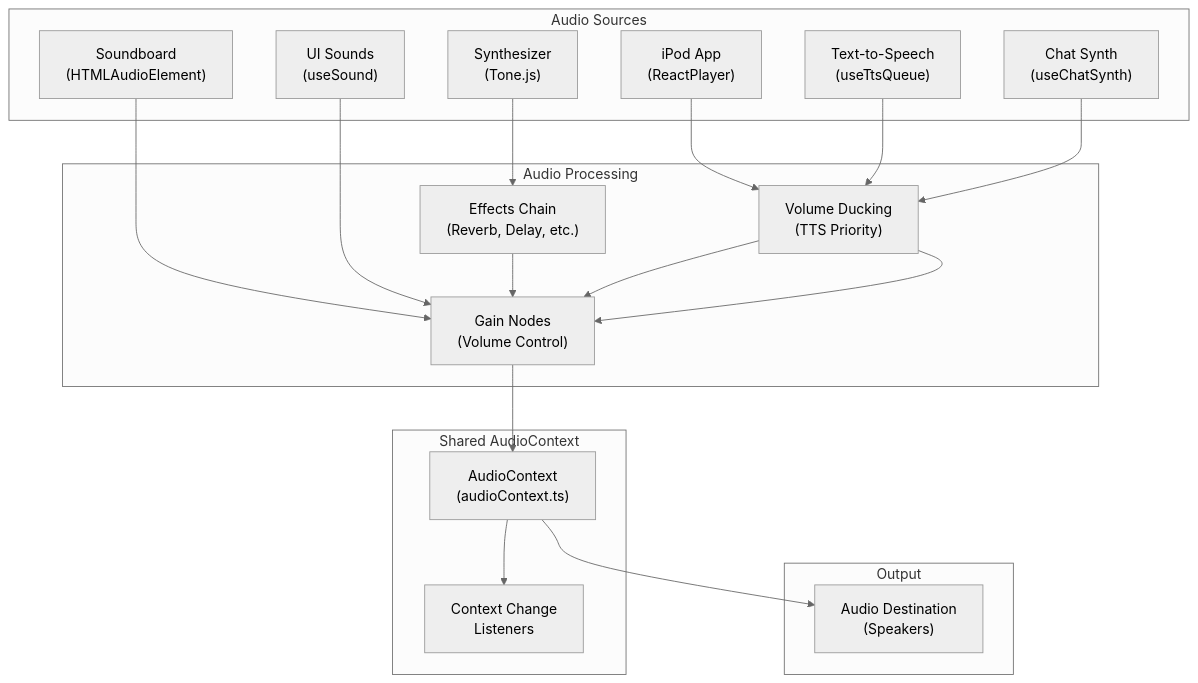
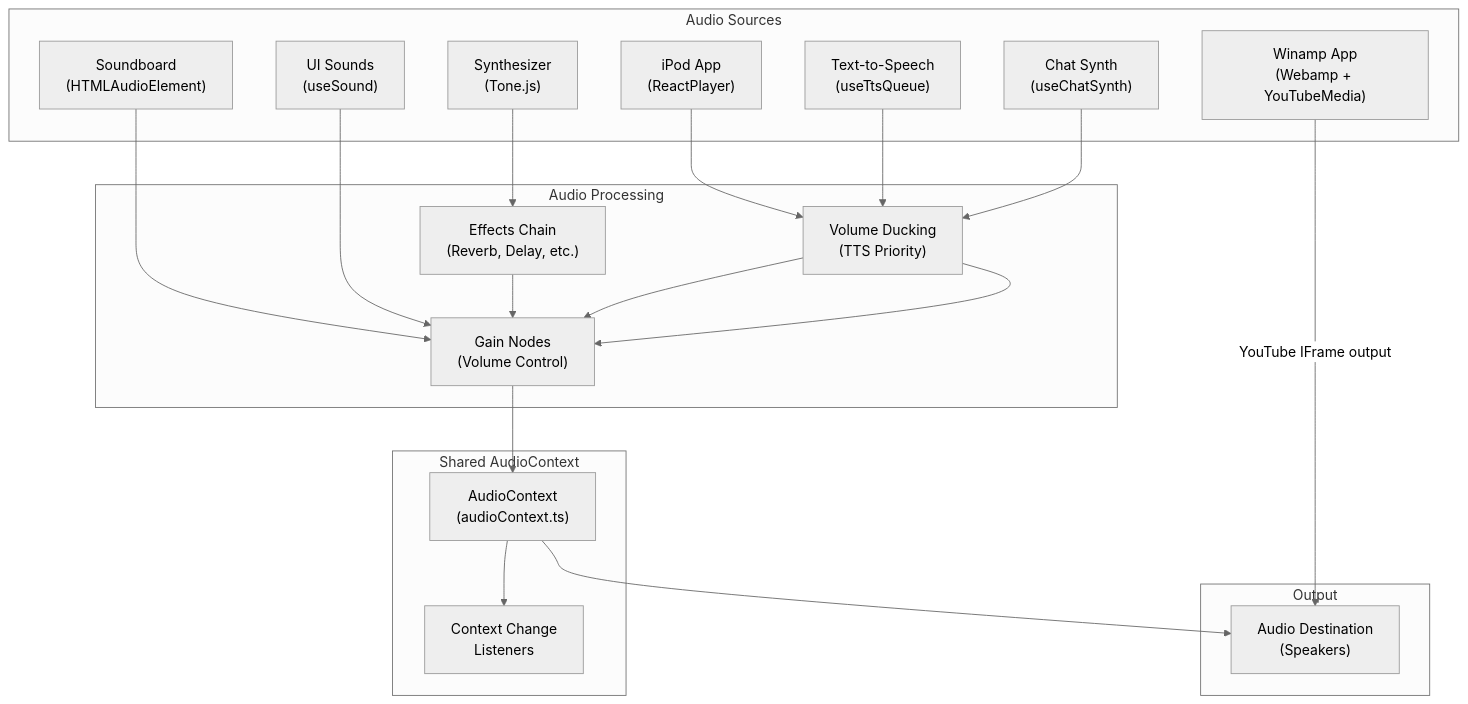
Before and after one commit to ryokun6/ryos: the first of 3 diagrams in docs/6-audio-system.md, drawn with Mermaid (neutral theme). The commit also changed other lines of this file and 4 other files, not shown here.

````diff
--- a/docs/6-audio-system.md
+++ b/docs/6-audio-system.md
@@ -17,36 +18,38 @@
 ```mermaid
 graph TB
     subgraph Sources["Audio Sources"]
         iPod["iPod App<br/>(ReactPlayer)"]
+        Winamp["Winamp App<br/>(Webamp + YouTubeMedia)"]
         Soundboard["Soundboard<br/>(HTMLAudioElement)"]
         UI["UI Sounds<br/>(useSound)"]
         Synth["Synthesizer<br/>(Tone.js)"]
         TTS["Text-to-Speech<br/>(useTtsQueue)"]
         ChatSynth["Chat Synth<br/>(useChatSynth)"]
     end
     
     subgraph Processing["Audio Processing"]
         GainNode["Gain Nodes<br/>(Volume Control)"]
         Effects["Effects Chain<br/>(Reverb, Delay, etc.)"]
         Ducking["Volume Ducking<br/>(TTS Priority)"]
     end
     
     subgraph Context["Shared AudioContext"]
         AC["AudioContext<br/>(audioContext.ts)"]
         Listeners["Context Change<br/>Listeners"]
     end
     
     subgraph Output["Output"]
         Dest["Audio Destination<br/>(Speakers)"]
     end
     
     iPod --> Ducking
+    Winamp -->|"YouTube IFrame output"| Dest
     Soundboard --> GainNode
     UI --> GainNode
     Synth --> Effects --> GainNode
     TTS --> Ducking --> GainNode
     ChatSynth --> Ducking
     Ducking --> GainNode
     GainNode --> AC --> Dest
     AC --> Listeners
 ```
````
